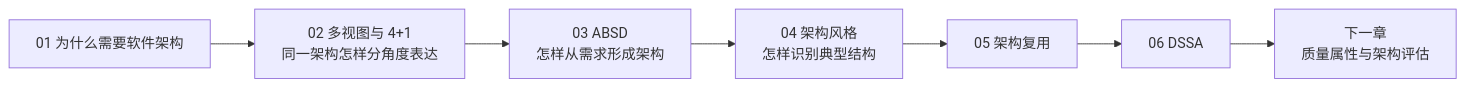
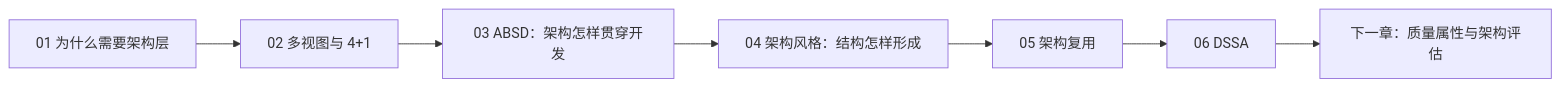
The diagram in 01_综合知识/06_软件架构设计/软件架构设计索引.md (74262195/system-architect-notes), drawn with Mermaid before and after one commit. The commit also changed other lines of this file and 4 other files, not shown here.

Commit message:
feat: audit architecture concepts and add ABSD

````diff
--- a/01_综合知识/06_软件架构设计/软件架构设计索引.md
+++ b/01_综合知识/06_软件架构设计/软件架构设计索引.md
@@ -63,9 +61,9 @@
 ```mermaid
 flowchart LR
-    A["01 为什么需要软件架构"] --> B["02 多视图与 4+1<br/>同一架构怎样分角度表达"]
-    B --> C["03 ABSD<br/>怎样从需求形成架构"]
-    C --> D["04 架构风格<br/>怎样识别典型结构"]
+    A["01 为什么需要架构层"] --> B["02 多视图与 4+1"]
+    B --> C["03 ABSD：架构怎样贯穿开发"]
+    C --> D["04 架构风格：结构怎样形成"]
     D --> E["05 架构复用"]
     E --> F["06 DSSA"]
-    F --> G["下一章<br/>质量属性与架构评估"]
+    F --> G["下一章：质量属性与架构评估"]
 ```
````
